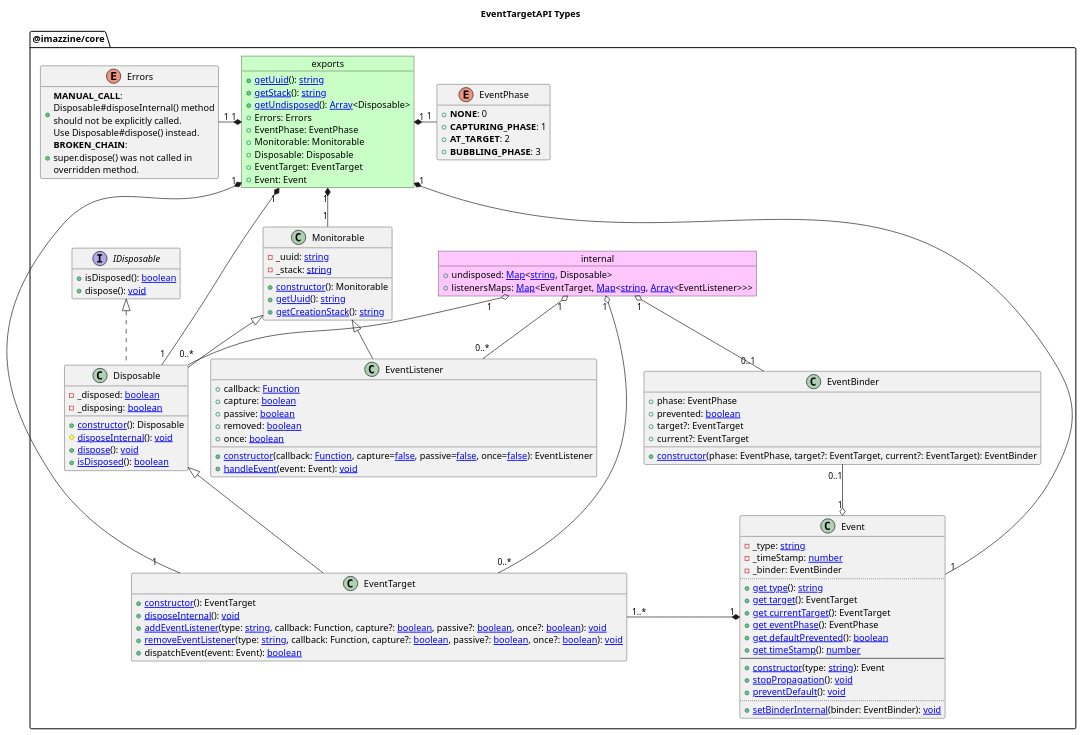
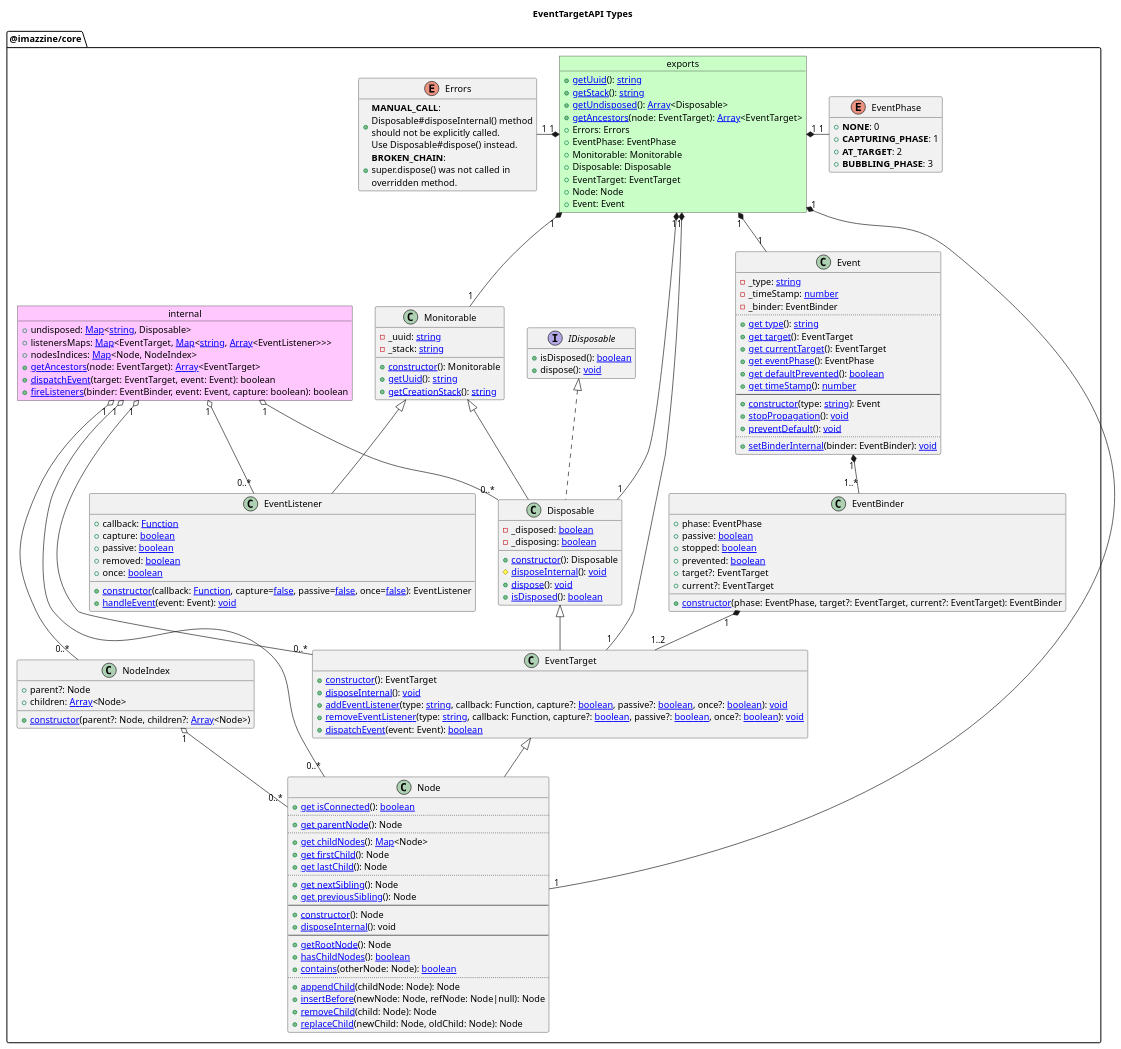
Before and after one commit to imazzine/imazzine.github.io: the first of 50 diagrams in _uml/puml/EventTargetAPI.puml, drawn with PlantUML. The commit also changed other lines of this file and 174 other files, not shown here.

```diff
--- a/_uml/puml/EventTargetAPI.puml
+++ b/_uml/puml/EventTargetAPI.puml
@@ -54,17 +54,23 @@
         object internal #ffc7fd {
             +undisposed: [[https://developer.mozilla.org/en-US/docs/Web/JavaScript/Reference/Global_Objects/Map Map]]<[[https://developer.mozilla.org/en-US/docs/Web/JavaScript/Reference/Global_Objects/String string]], Disposable>
             +listenersMaps: [[https://developer.mozilla.org/en-US/docs/Web/JavaScript/Reference/Global_Objects/Map Map]]<EventTarget, [[https://developer.mozilla.org/en-US/docs/Web/JavaScript/Reference/Global_Objects/Map Map]]<[[https://developer.mozilla.org/en-US/docs/Web/JavaScript/Reference/Global_Objects/String string]], [[https://developer.mozilla.org/en-US/docs/Web/JavaScript/Reference/Global_Objects/Array Array]]<EventListener>>>
+            +nodesIndices: [[https://developer.mozilla.org/en-US/docs/Web/JavaScript/Reference/Global_Objects/Map Map]]<Node, NodeIndex>
+            +[[./Definition_internal.getAncestors.svg getAncestors]](node: EventTarget): [[https://developer.mozilla.org/en-US/docs/Web/JavaScript/Reference/Global_Objects/Array Array]]<EventTarget>
+            +[[./Definition_internal.dispatchEvent.svg dispatchEvent]](target: EventTarget, event: Event): boolean
+            +[[./Definition_internal.fireListeners.svg fireListeners]](binder: EventBinder, event: Event, capture: boolean): boolean
         }
 
         object "exports" as ImazzineCorePackageExports #c9ffc7 {
             +[[./Definition_exports.getUuid.svg getUuid]](): [[https://developer.mozilla.org/en-US/docs/Web/JavaScript/Reference/Global_Objects/String string]]
             +[[./Definition_exports.getStack.svg getStack]](): [[https://developer.mozilla.org/en-US/docs/Web/JavaScript/Reference/Global_Objects/String string]]
             +[[./Definition_exports.getUndisposed.svg getUndisposed]](): [[https://developer.mozilla.org/en-US/docs/Web/JavaScript/Reference/Global_Objects/Array Array]]<Disposable>
+            +[[./Definition_exports.getAncestors.svg getAncestors]](node: EventTarget): [[https://developer.mozilla.org/en-US/docs/Web/JavaScript/Reference/Global_Objects/Array Array]]<EventTarget>
             +Errors: Errors
             +EventPhase: EventPhase
             +Monitorable: Monitorable
             +Disposable: Disposable
             +EventTarget: EventTarget
+            +Node: Node
             +Event: Event
         }
 
@@ -123,19 +129,21 @@
             +[[./Definition_EventTarget.disposeInternal.svg disposeInternal]](): [[https://developer.mozilla.org/en-US/docs/Web/JavaScript/Reference/Operators/void void]]
             +[[./Definition_EventTarget.addEventListener.svg addEventListener]](type: [[https://developer.mozilla.org/en-US/docs/Web/JavaScript/Reference/Global_Objects/String string]], callback: Function, capture?: [[https://developer.mozilla.org/en-US/docs/Web/JavaScript/Reference/Global_Objects/Boolean boolean]], passive?: [[https://developer.mozilla.org/en-US/docs/Web/JavaScript/Reference/Global_Objects/Boolean boolean]], once?: [[https://developer.mozilla.org/en-US/docs/Web/JavaScript/Reference/Global_Objects/Boolean boolean]]): [[https://developer.mozilla.org/en-US/docs/Web/JavaScript/Reference/Operators/void void]]
             +[[./Definition_EventTarget.removeEventListener.svg removeEventListener]](type: [[https://developer.mozilla.org/en-US/docs/Web/JavaScript/Reference/Global_Objects/String string]], callback: Function, capture?: [[https://developer.mozilla.org/en-US/docs/Web/JavaScript/Reference/Global_Objects/Boolean boolean]], passive?: [[https://developer.mozilla.org/en-US/docs/Web/JavaScript/Reference/Global_Objects/Boolean boolean]], once?: [[https://developer.mozilla.org/en-US/docs/Web/JavaScript/Reference/Global_Objects/Boolean boolean]]): [[https://developer.mozilla.org/en-US/docs/Web/JavaScript/Reference/Operators/void void]]
-            +dispatchEvent(event: Event): [[https://developer.mozilla.org/en-US/docs/Web/JavaScript/Reference/Global_Objects/Boolean boolean]]
+            +[[./Definition_EventTarget.dispatchEvent.svg dispatchEvent]](event: Event): [[https://developer.mozilla.org/en-US/docs/Web/JavaScript/Reference/Global_Objects/Boolean boolean]]
         }
         internal "1" o-- "0..*" EventTarget
         ImazzineCorePackageExports "1" *-- "1" EventTarget
 
         class EventBinder {
             +phase: EventPhase
+            +passive: [[https://developer.mozilla.org/en-US/docs/Web/JavaScript/Reference/Global_Objects/Boolean boolean]]
+            +stopped: [[https://developer.mozilla.org/en-US/docs/Web/JavaScript/Reference/Global_Objects/Boolean boolean]]
             +prevented: [[https://developer.mozilla.org/en-US/docs/Web/JavaScript/Reference/Global_Objects/Boolean boolean]]
             +target?: EventTarget
             +current?: EventTarget
             +[[./Definition_EventBinder.constructor.svg constructor]](phase: EventPhase, target?: EventTarget, current?: EventTarget): EventBinder
         }
-        internal "1" o-- "0..1" EventBinder
+        EventBinder "1" *-- "1..2" EventTarget
 
         class Event {
             -_type: [[https://developer.mozilla.org/en-US/docs/Web/JavaScript/Reference/Global_Objects/String string]]
@@ -155,9 +163,43 @@
             ..
             +[[./Definition_Event.setBinderInternal.svg setBinderInternal]](binder: EventBinder): [[https://developer.mozilla.org/en-US/docs/Web/JavaScript/Reference/Operators/void void]]
         }
-        EventTarget "1..*" -* "1" Event
-        EventBinder "0..1" --o "1" Event
+        Event "1" *-- "1..*" EventBinder
         ImazzineCorePackageExports "1" *-- "1" Event
+
+        class Node extends EventTarget {
+            +[[./Definition_Node.isConnected.svg get isConnected]](): [[https://developer.mozilla.org/en-US/docs/Web/JavaScript/Reference/Global_Objects/Boolean boolean]]
+            ..
+            +[[./Definition_Node.parentNode.svg get parentNode]](): Node
+            ..
+            +[[./Definition_Node.childNodes.svg get childNodes]](): [[https://developer.mozilla.org/en-US/docs/Web/JavaScript/Reference/Global_Objects/Map Map]]<Node>
+            +[[./Definition_Node.firstChild.svg get firstChild]](): Node
+            +[[./Definition_Node.lastChild.svg get lastChild]](): Node
+            ..
+            +[[./Definition_Node.nextSibling.svg get nextSibling]](): Node
+            +[[./Definition_Node.previousSibling.svg get previousSibling]](): Node
+            --
+            +[[./Definition_Node.constructor.svg constructor]](): Node
+            +[[./Definition_Node.disposeInternal.svg disposeInternal]](): void
+            --
+            +[[./Definition_Node.getRootNode.svg getRootNode]](): Node
+            +[[./Definition_Node.hasChildNodes.svg hasChildNodes]](): [[https://developer.mozilla.org/en-US/docs/Web/JavaScript/Reference/Global_Objects/Boolean boolean]]
+            +[[./Definition_Node.contains.svg contains]](otherNode: Node): [[https://developer.mozilla.org/en-US/docs/Web/JavaScript/Reference/Global_Objects/Boolean boolean]]
+            ..
+            +[[./Definition_Node.appendChild.svg appendChild]](childNode: Node): Node
+            +[[./Definition_Node.insertBefore.svg insertBefore]](newNode: Node, refNode: Node|null): Node
+            +[[./Definition_Node.removeChild.svg removeChild]](child: Node): Node
+            +[[./Definition_Node.replaceChild.svg replaceChild]](newChild: Node, oldChild: Node): Node
+        }
+        internal "1" o-- "0..*" Node
+        ImazzineCorePackageExports "1" *-- "1" Node
+
+        class NodeIndex {
+            +parent?: Node
+            +children: [[https://developer.mozilla.org/en-US/docs/Web/JavaScript/Reference/Global_Objects/Array Array]]<Node>
+            +[[./Definition_NodeIndex.constructor.svg constructor]](parent?: Node, children?: [[https://developer.mozilla.org/en-US/docs/Web/JavaScript/Reference/Global_Objects/Array Array]]<Node>)
+        }
+        internal "1" o-- "0..*" NodeIndex
+        NodeIndex "1" o-- "0..*" Node
     }
     ' UuidPackage <-- ImazzineCorePackage: depend on
 @enduml
```
